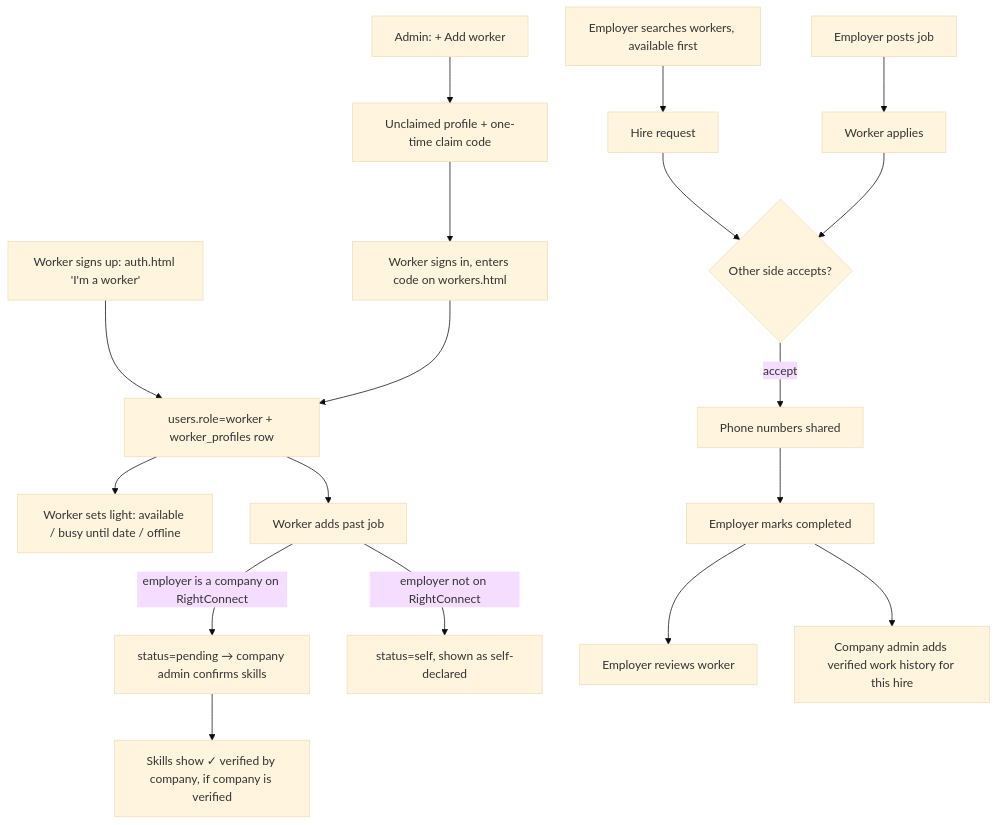
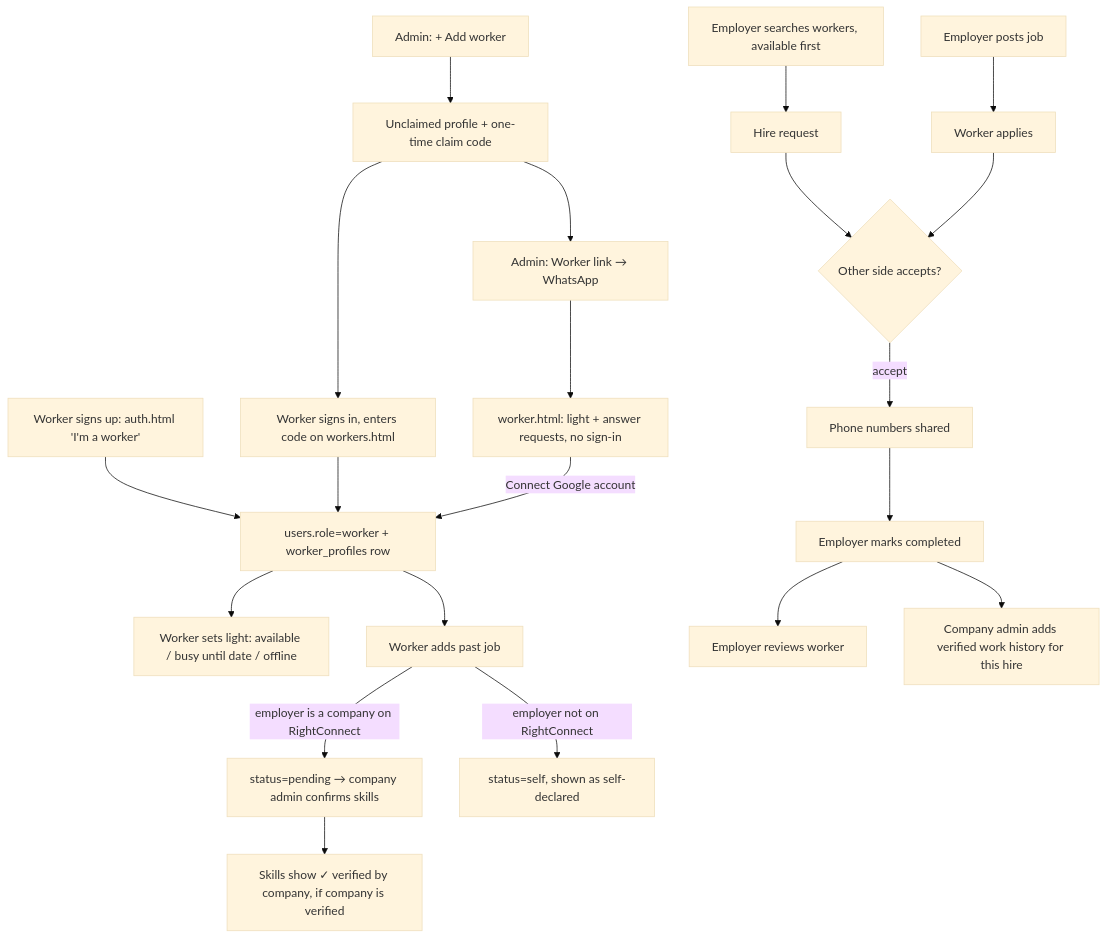
Before and after one commit to naveen-web27/fast-agent: the diagram in docs/features/12-workforce-hub.md, drawn with Mermaid (base theme). The commit also changed other lines of this file and 19 other files, not shown here.

````diff
--- a/docs/features/12-workforce-hub.md
+++ b/docs/features/12-workforce-hub.md
@@ -9,18 +9,20 @@
 ```mermaid
 flowchart TD
     A[Worker signs up: auth.html 'I'm a worker'] --> B[users.role=worker + worker_profiles row]
     A2[Admin: + Add worker] --> C[Unclaimed profile + one-time claim code]
     C --> D[Worker signs in, enters code on workers.html] --> B
+    C --> W[Admin: Worker link → WhatsApp] --> X[worker.html: light + answer requests, no sign-in]
+    X -->|Connect Google account| B
     B --> E[Worker sets light: available / busy until date / offline]
     B --> F[Worker adds past job]
     F -->|employer is a company on RightConnect| G[status=pending → company admin confirms skills]
     F -->|employer not on RightConnect| H[status=self, shown as self-declared]
     G --> I[Skills show ✓ verified by company, if company is verified]
     J[Employer searches workers, available first] --> K[Hire request]
     L[Employer posts job] --> M[Worker applies]
     K --> N{Other side accepts?}
     M --> N
     N -->|accept| O[Phone numbers shared] --> P[Employer marks completed]
     P --> Q[Employer reviews worker]
     P --> R[Company admin adds verified work history for this hire]
 ```
````
